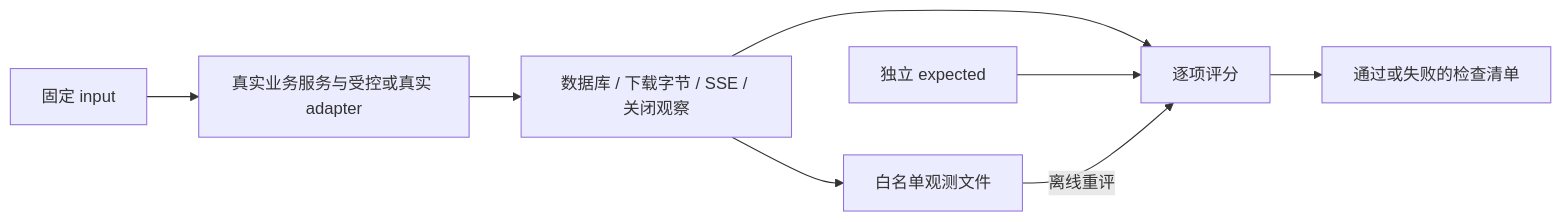
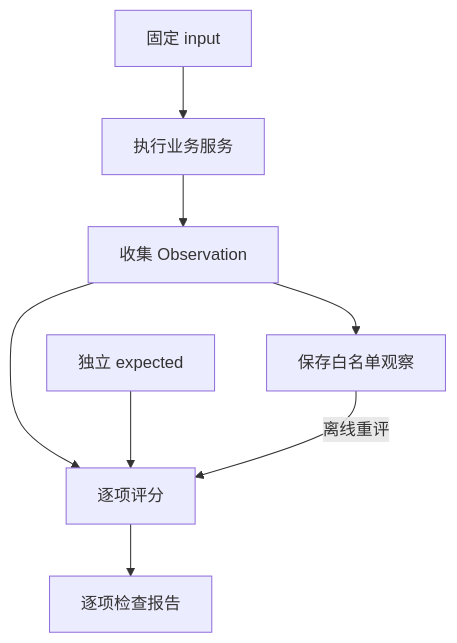
The first of 2 diagrams in projects/recoverable-agent-service/EVAL.md (eriklee1895/hands-on-dsh), drawn with Mermaid before and after one commit. The commit also changed other lines of this file and 86 other files, not shown here.

Commit message:
docs: improve course narrative, technical guidance, and diagrams

````diff
--- a/projects/recoverable-agent-service/EVAL.md
+++ b/projects/recoverable-agent-service/EVAL.md
@@ -41,10 +45,10 @@
 ```mermaid
-flowchart LR
-    Input[固定 input] --> Runner[真实业务服务与受控或真实 adapter]
-    Runner --> Evidence[数据库 / 下载字节 / SSE / 关闭观察]
+flowchart TD
+    Input[固定 input] --> Runner[执行业务服务]
+    Runner --> Evidence[收集 Observation]
     Evidence --> Grader[逐项评分]
     Expected[独立 expected] --> Grader
-    Grader --> Report[通过或失败的检查清单]
-    Evidence --> Record[白名单观测文件]
+    Grader --> Report[逐项检查报告]
+    Evidence --> Record[保存白名单观察]
     Record -->|离线重评| Grader
 ```
````
